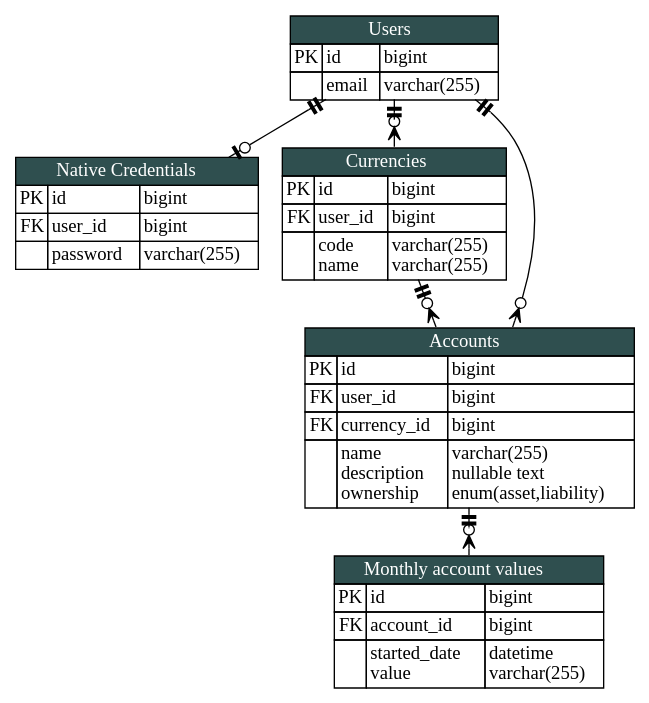
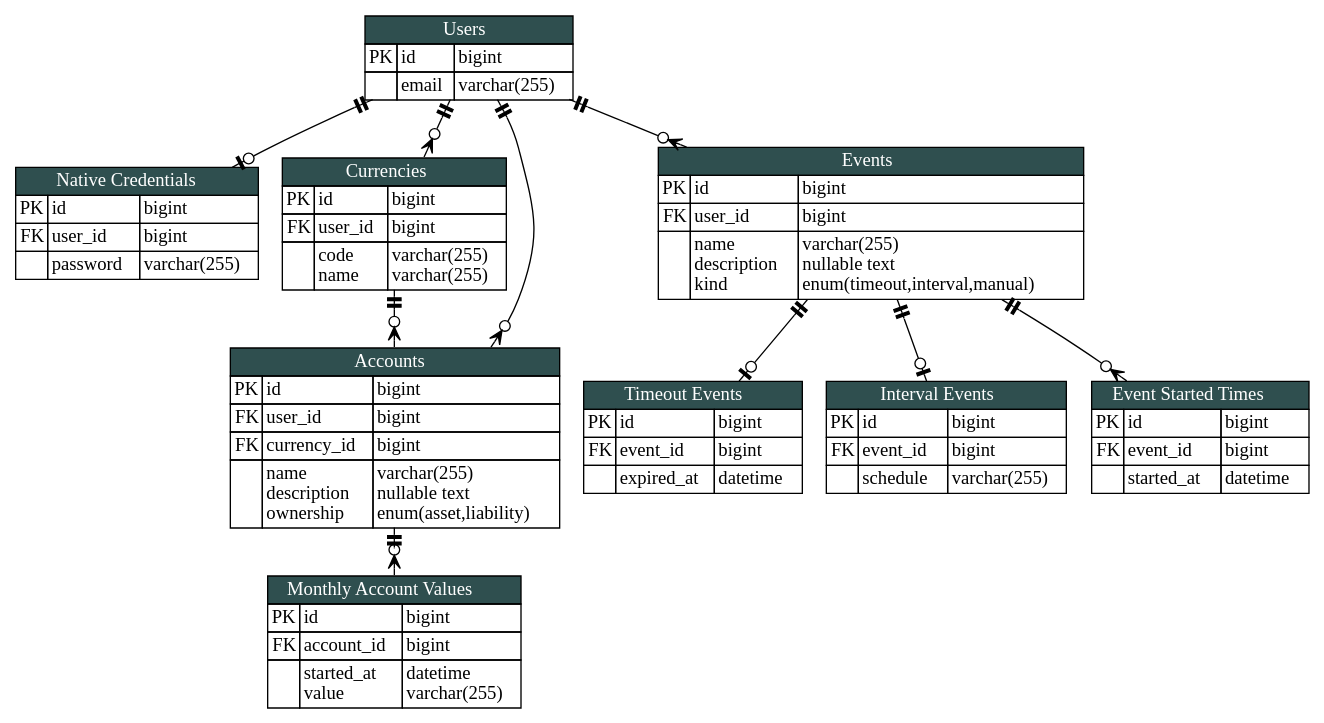
One commit to KennethTrecy/peratorakka_server changed the diagram in blueprint/erd.dot. Above: the diagram before and after it, drawn with Graphviz. The commit also changed 1 other file, not shown here.

Commit message:
docs(blueprint): include event-related entities in the ERD

```diff
--- a/blueprint/erd.dot
+++ b/blueprint/erd.dot
@@ -145,7 +145,7 @@
 				<tr>
 					<td colspan="3" bgcolor="darkslategray">
 						<font color="white">
-							Monthly account values
+							Monthly Account Values
 						</font>
 					</td>
 				</tr>
@@ -162,12 +162,145 @@
 				<tr>
 					<td></td>
 					<td align="left">
-						started_date<br align="left"/>
+						started_at<br align="left"/>
 						value<br align="left"/>
 					</td>
 					<td align="left">
 						datetime<br align="left"/>
 						varchar(255)<br align="left"/>
+					</td>
+				</tr>
+			</table>
+			>
+		]
+		events [
+			label = <
+			<table cellspacing="0" border="0" cellborder="1">
+				<tr>
+					<td colspan="3" bgcolor="darkslategray">
+						<font color="white">
+							Events
+						</font>
+					</td>
+				</tr>
+				<tr>
+					<td>PK</td>
+					<td align="left">id</td>
+					<td align="left">bigint</td>
+				</tr>
+				<tr>
+					<td>FK</td>
+					<td align="left">user_id</td>
+					<td align="left">bigint</td>
+				</tr>
+				<tr>
+					<td></td>
+					<td align="left">
+						name<br align="left"/>
+						description<br align="left"/>
+						kind<br align="left"/>
+					</td>
+					<td align="left">
+						varchar(255)<br align="left"/>
+						nullable text<br align="left"/>
+						enum(timeout,interval,manual)<br align="left"/>
+					</td>
+				</tr>
+			</table>
+			>
+		]
+		timeout_events [
+			label = <
+			<table cellspacing="0" border="0" cellborder="1">
+				<tr>
+					<td colspan="3" bgcolor="darkslategray">
+						<font color="white">
+							Timeout Events
+						</font>
+					</td>
+				</tr>
+				<tr>
+					<td>PK</td>
+					<td align="left">id</td>
+					<td align="left">bigint</td>
+				</tr>
+				<tr>
+					<td>FK</td>
+					<td align="left">event_id</td>
+					<td align="left">bigint</td>
+				</tr>
+				<tr>
+					<td></td>
+					<td align="left">
+						expired_at<br align="left"/>
+					</td>
+					<td align="left">
+						datetime<br align="left"/>
+					</td>
+				</tr>
+			</table>
+			>
+		]
+		interval_events [
+			label = <
+			<table cellspacing="0" border="0" cellborder="1">
+				<tr>
+					<td colspan="3" bgcolor="darkslategray">
+						<font color="white">
+							Interval Events
+						</font>
+					</td>
+				</tr>
+				<tr>
+					<td>PK</td>
+					<td align="left">id</td>
+					<td align="left">bigint</td>
+				</tr>
+				<tr>
+					<td>FK</td>
+					<td align="left">event_id</td>
+					<td align="left">bigint</td>
+				</tr>
+				<tr>
+					<td></td>
+					<td align="left">
+						schedule<br align="left"/>
+					</td>
+					<td align="left">
+						varchar(255)<br align="left"/>
+					</td>
+				</tr>
+			</table>
+			>
+		]
+
+		event_started_times [
+			label = <
+			<table cellspacing="0" border="0" cellborder="1">
+				<tr>
+					<td colspan="3" bgcolor="darkslategray">
+						<font color="white">
+							Event Started Times
+						</font>
+					</td>
+				</tr>
+				<tr>
+					<td>PK</td>
+					<td align="left">id</td>
+					<td align="left">bigint</td>
+				</tr>
+				<tr>
+					<td>FK</td>
+					<td align="left">event_id</td>
+					<td align="left">bigint</td>
+				</tr>
+				<tr>
+					<td></td>
+					<td align="left">
+						started_at<br align="left"/>
+					</td>
+					<td align="left">
+						datetime<br align="left"/>
 					</td>
 				</tr>
 			</table>
@@ -184,6 +317,8 @@
 		]
 
 		users -> native_credentials
+		events -> timeout_events
+		events -> interval_events
 	}
 
 	{
@@ -197,5 +332,7 @@
 		users -> accounts
 		currencies -> accounts
 		accounts -> monthly_account_values
+		users -> events
+		events -> event_started_times
 	}
 }
```
